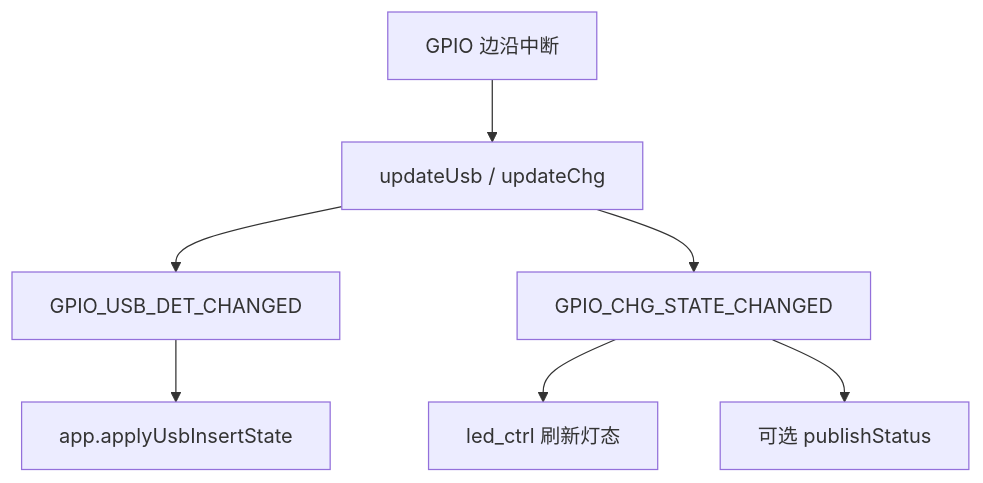
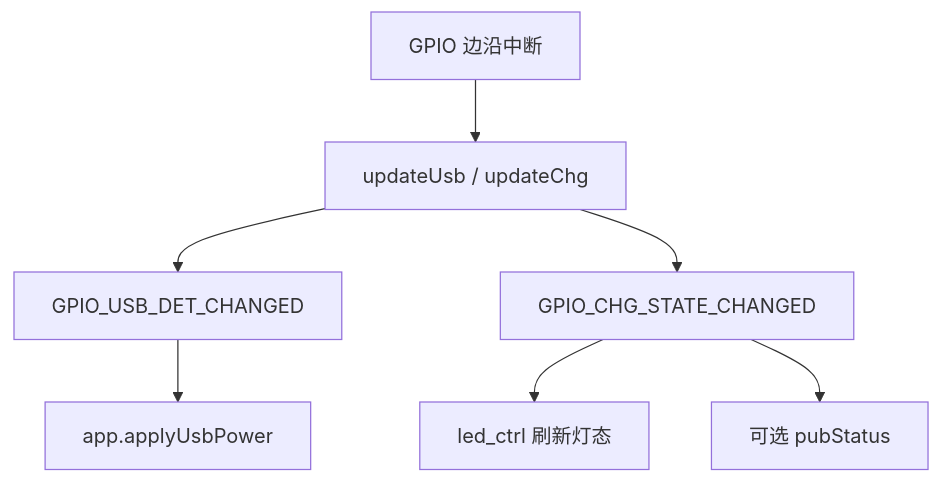
One commit to dzr1986/AIR780EHM changed the diagram in doc/modules/USB_CHARGE_POLICY.md. Above: the diagram before and after it, drawn with Mermaid. The commit also changed other lines of this file and 84 other files, not shown here.

````diff
--- a/doc/modules/USB_CHARGE_POLICY.md
+++ b/doc/modules/USB_CHARGE_POLICY.md
@@ -34,9 +34,9 @@
 ```mermaid
 flowchart TD
     IRQ[GPIO 边沿中断] --> U[updateUsb / updateChg]
     U --> P1[GPIO_USB_DET_CHANGED]
     U --> P2[GPIO_CHG_STATE_CHANGED]
-    P1 --> APP[app.applyUsbInsertState]
+    P1 --> APP[app.applyUsbPower]
     P2 --> LED[led_ctrl 刷新灯态]
-    P2 --> MQTT[可选 publishStatus]
+    P2 --> MQTT[可选 pubStatus]
 ```
````
